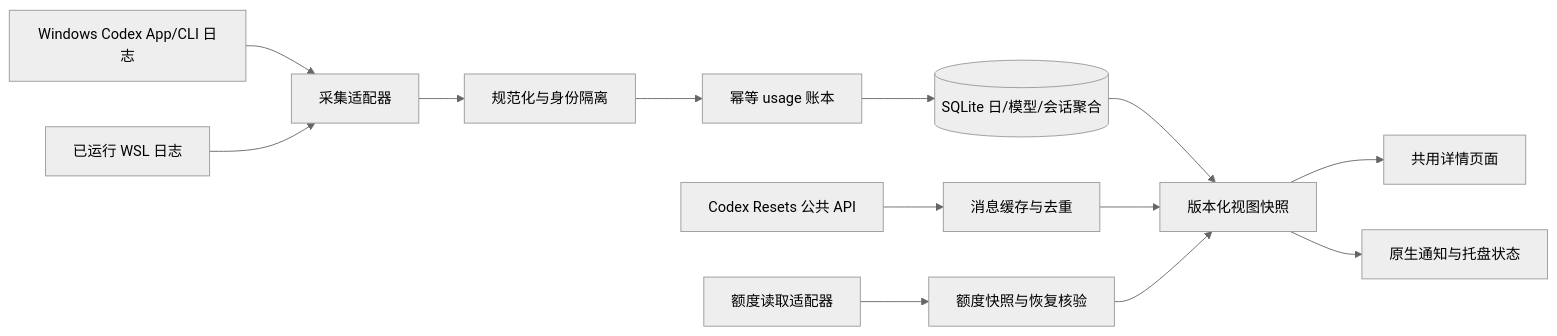
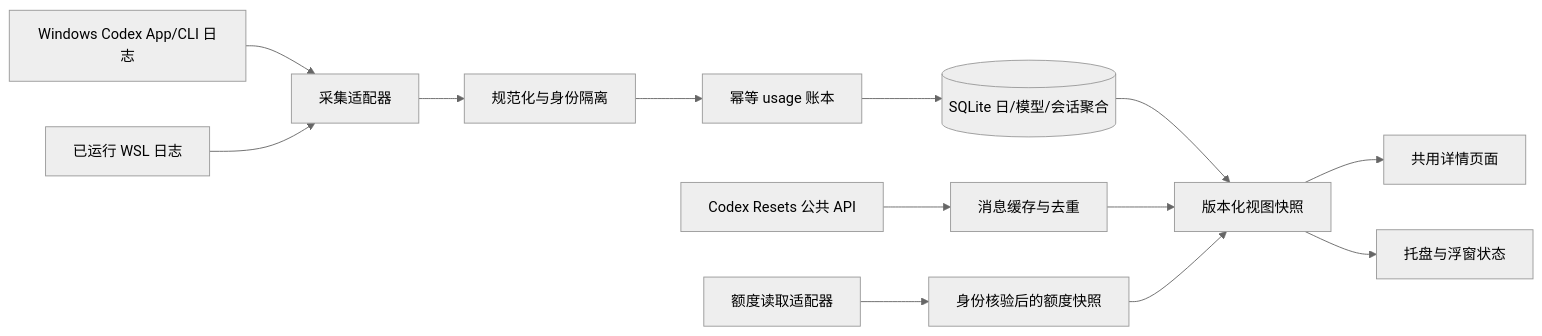
One commit to lvzixun/CodexPulse changed the diagram in docs/design/codexpulse-v1.md. Above: the diagram before and after it, drawn with Mermaid (neutral theme). The commit also changed other lines of this file and 22 other files, not shown here.

````diff
--- a/docs/design/codexpulse-v1.md
+++ b/docs/design/codexpulse-v1.md
@@ -281,16 +287,16 @@
 ```mermaid
 flowchart LR
   A[Windows Codex App/CLI 日志] --> C[采集适配器]
   B[已运行 WSL 日志] --> C
   Q[额度读取适配器]
   R[Codex Resets 公共 API] --> M[消息缓存与去重]
   C --> N[规范化与身份隔离]
   N --> L[幂等 usage 账本]
   L --> D[(SQLite 日/模型/会话聚合)]
-  Q --> V[额度快照与恢复核验]
+  Q --> V[身份核验后的额度快照]
   D --> S[版本化视图快照]
   M --> S
   V --> S
   S --> UI[共用详情页面]
-  S --> Notify[原生通知与托盘状态]
+  S --> Tray[托盘与浮窗状态]
 ```
````
